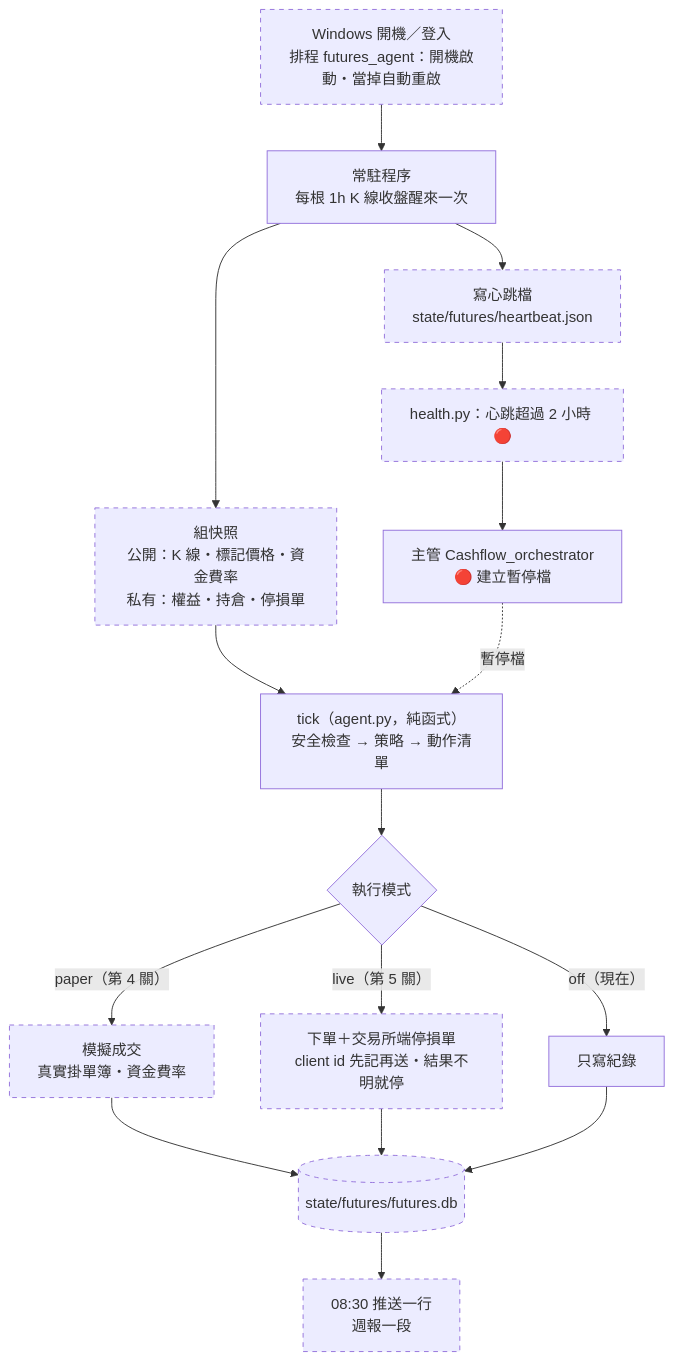
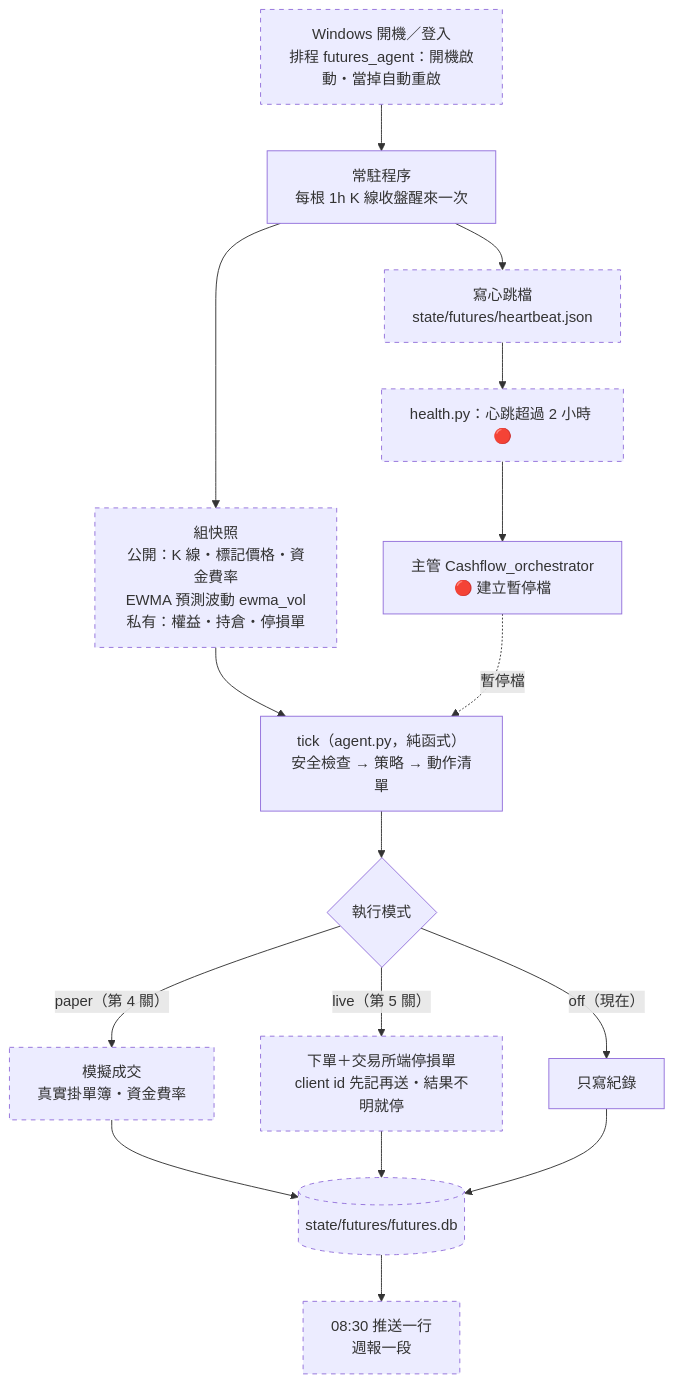
Before and after one commit to ShanHugo/Crypto_agent: the fourth of 5 diagrams in docs/ARCHITECTURE.md, drawn with Mermaid. The commit also changed other lines of this file and 3 other files, not shown here.

````diff
--- a/docs/ARCHITECTURE.md
+++ b/docs/ARCHITECTURE.md
@@ -288,20 +288,20 @@
 ```mermaid
 flowchart TD
     BOOT[Windows 開機／登入<br/>排程 futures_agent：開機啟動・當掉自動重啟] --> RUN[常駐程序<br/>每根 1h K 線收盤醒來一次]
     RUN --> HB[寫心跳檔<br/>state/futures/heartbeat.json]
-    RUN --> SNAP[組快照<br/>公開：K 線・標記價格・資金費率<br/>私有：權益・持倉・停損單]
+    RUN --> SNAP[組快照<br/>公開：K 線・標記價格・資金費率<br/>EWMA 預測波動 ewma_vol<br/>私有：權益・持倉・停損單]
     SNAP --> TICK[tick（agent.py，純函式）<br/>安全檢查 → 策略 → 動作清單]
     TICK --> MODE{執行模式}
     MODE -- off（現在） --> LOG[只寫紀錄]
     MODE -- paper（第 4 關） --> PAPER[模擬成交<br/>真實掛單簿・資金費率]
     MODE -- live（第 5 關） --> EXE[下單＋交易所端停損單<br/>client id 先記再送・結果不明就停]
     PAPER --> REC[(state/futures/futures.db)]
     EXE --> REC
     LOG --> REC
     REC --> RPT[08:30 推送一行<br/>週報一段]
     HB --> HC[health.py：心跳超過 2 小時 🔴]
     HC --> SUP[主管 Cashflow_orchestrator<br/>🔴 建立暫停檔]
     SUP -. 暫停檔 .-> TICK
     classDef todo stroke-dasharray: 5 5
     class BOOT,HB,SNAP,PAPER,EXE,REC,RPT,HC todo
 ```
````
